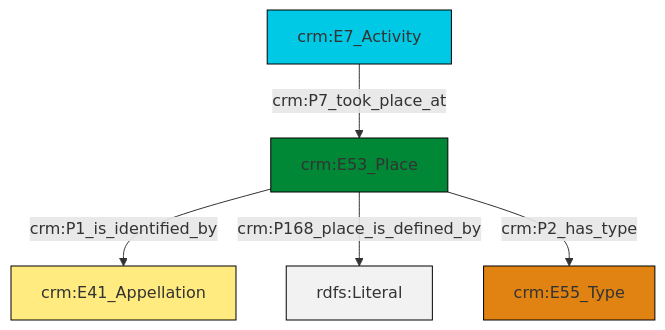
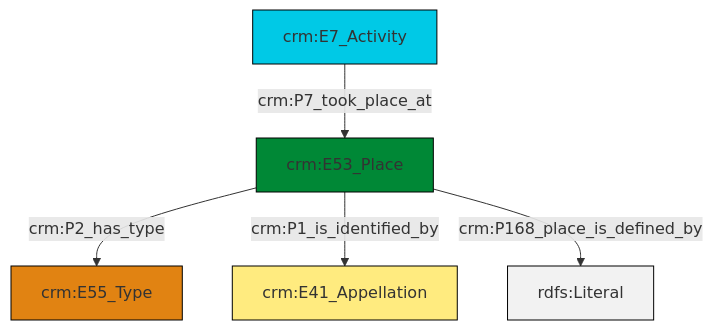
One commit to swiss-art-research-net/docs.swissartresearch changed the diagram in et/eventCSV/ttl/mmd/event_location.ttl.mmd. Above: the diagram before and after it, drawn with Mermaid. The commit also changed 177 other files, not shown here.

```diff
--- a/et/eventCSV/ttl/mmd/event_location.ttl.mmd
+++ b/et/eventCSV/ttl/mmd/event_location.ttl.mmd
@@ -1,19 +1,19 @@
 graph TD
 classDef Literal fill:#f2f2f2,stroke:#000000;
 classDef CRM_Entity fill:#FFFFFF,stroke:#000000;
 classDef Temporal_Entity fill:#00C9E6, stroke:#000000;
 classDef Type fill:#E18312, stroke:#000000;
 classDef Time-Span fill:#2C9C91, stroke:#000000;
 classDef Appellation fill:#FFEB7F, stroke:#000000;
 classDef Place fill:#008836, stroke:#000000;
 classDef Persistent_Item fill:#B266B2, stroke:#000000;
 classDef Conceptual_Object fill:#FFD700, stroke:#000000;
 classDef Physical_Thing fill:#D2B48C, stroke:#000000;
 classDef Actor fill:#f58aad, stroke:#000000;
 classDef PC_Classes fill:#4ce600, stroke:#000000;
 classDef Multi fill:#cccccc,stroke:#000000;
 
-0["crm:E7_Activity"]:::Temporal_Entity -->|crm:P7_took_place_at| 1["crm:E53_Place"]:::Place
-1["crm:E53_Place"]:::Place -->|crm:P1_is_identified_by| 2["crm:E41_Appellation"]:::Appellation
-1["crm:E53_Place"]:::Place -->|crm:P168_place_is_defined_by| 7[rdfs:Literal]:::Literal
-1["crm:E53_Place"]:::Place -->|crm:P2_has_type| 4["crm:E55_Type"]:::Type
+0["crm:E53_Place"]:::Place -->|crm:P2_has_type| 1["crm:E55_Type"]:::Type
+3["crm:E7_Activity"]:::Temporal_Entity -->|crm:P7_took_place_at| 0["crm:E53_Place"]:::Place
+0["crm:E53_Place"]:::Place -->|crm:P1_is_identified_by| 5["crm:E41_Appellation"]:::Appellation
+0["crm:E53_Place"]:::Place -->|crm:P168_place_is_defined_by| 7[rdfs:Literal]:::Literal
```
